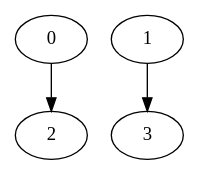
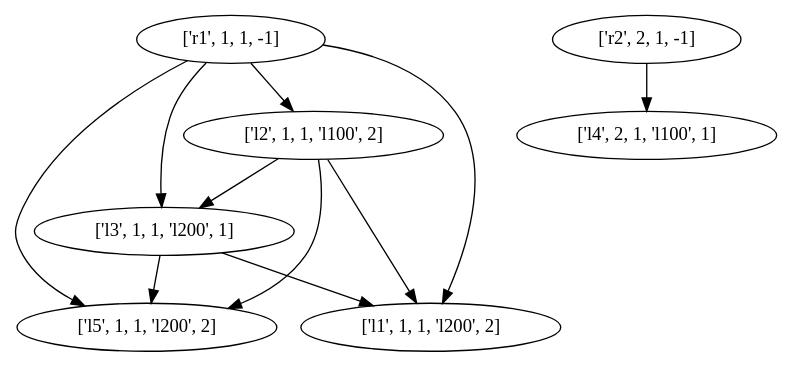
Before and after one commit to XushengLuo92/Hierarchical-LTL: the diagram in routing_graph.dot, drawn with Graphviz. The commit also changed 6 other files, not shown here.

Commit message:
refine graph attributes

```diff
--- a/routing_graph.dot
+++ b/routing_graph.dot
@@ -1,8 +1,21 @@
 strict digraph "" {
-	0	[location_type_component_task_element="['r1', 1, 1, -1]"];
-	2	[location_type_component_task_element="['l1', 1, 1, 'l0', 2]"];
-	0 -> 2	[weight=1];
-	1	[location_type_component_task_element="['r2', 2, 1, -1]"];
-	3	[location_type_component_task_element="['l2', 2, 1, 'l100', 1]"];
-	1 -> 3	[weight=1];
+	graph [type=routing_graph];
+	node [label="\N"];
+	0	[label="['r1', 1, 1, -1]"];
+	3	[label="['l2', 1, 1, 'l100', 2]"];
+	0 -> 3	[weight=1];
+	4	[label="['l3', 1, 1, 'l200', 1]"];
+	0 -> 4	[weight=1];
+	5	[label="['l5', 1, 1, 'l200', 2]"];
+	0 -> 5	[weight=1];
+	6	[label="['l1', 1, 1, 'l200', 2]"];
+	0 -> 6	[weight=1];
+	1	[label="['r2', 2, 1, -1]"];
+	2	[label="['l4', 2, 1, 'l100', 1]"];
+	1 -> 2	[weight=1];
+	3 -> 4	[weight=1];
+	3 -> 5	[weight=1];
+	3 -> 6	[weight=1];
+	4 -> 5	[weight=1];
+	4 -> 6	[weight=1];
 }
```
